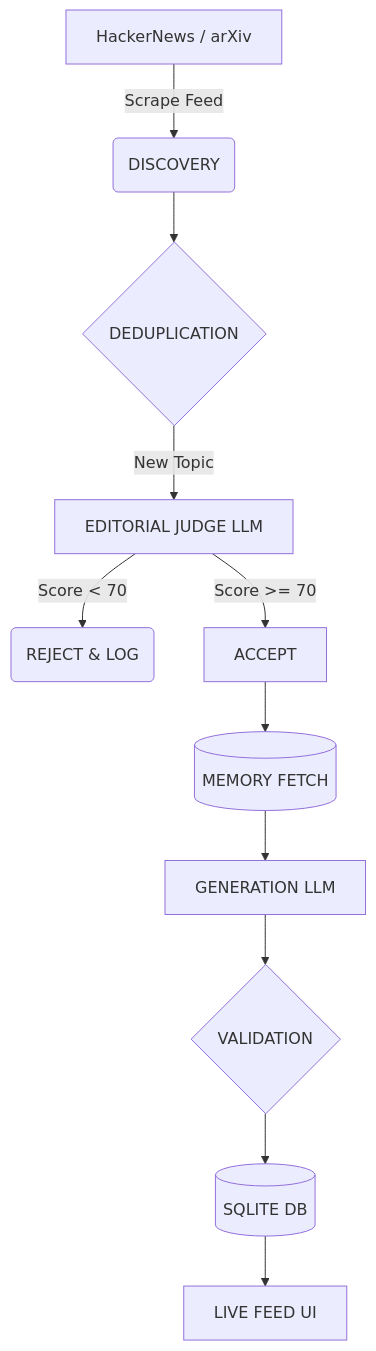
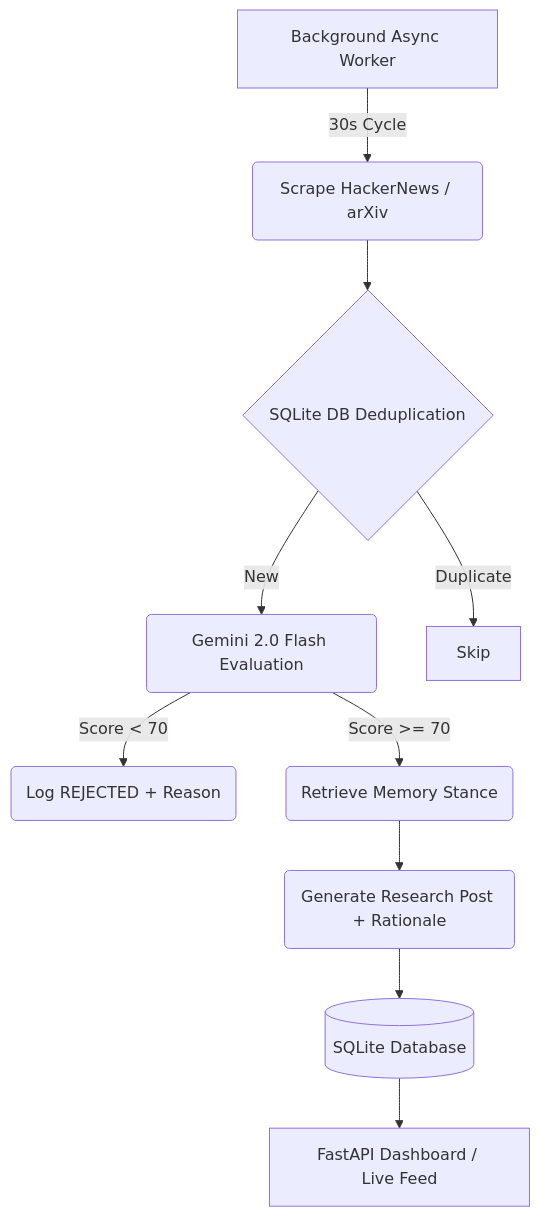
One commit to shambhushekharsinha-engg/aura-autonomous-ai-agent changed the diagram in README.md. Above: the diagram before and after it, drawn with Mermaid. The commit also changed other lines of this file and 15 other files, not shown here.

````diff
--- a/README.md
+++ b/README.md
@@ -43,13 +68,12 @@
 ```mermaid
 graph TD
-    A[HackerNews / arXiv] -->|Scrape Feed| B(DISCOVERY)
-    B --> C{DEDUPLICATION}
-    C -->|New Topic| D[EDITORIAL JUDGE LLM]
-    D -->|Score < 70| E(REJECT & LOG)
-    D -->|Score >= 70| F[ACCEPT]
-    F --> G[(MEMORY FETCH)]
-    G --> H[GENERATION LLM]
-    H --> I{VALIDATION}
-    I --> J[(SQLITE DB)]
-    J --> K[LIVE FEED UI]
+    A[Background Async Worker] -->|30s Cycle| B(Scrape HackerNews / arXiv)
+    B --> C{SQLite DB Deduplication}
+    C -->|New| D(Gemini 2.0 Flash Evaluation)
+    C -->|Duplicate| Z[Skip]
+    D -->|Score < 70| E(Log REJECTED + Reason)
+    D -->|Score >= 70| F(Retrieve Memory Stance)
+    F --> G(Generate Research Post + Rationale)
+    G --> H[(SQLite Database)]
+    H --> I[FastAPI Dashboard / Live Feed]
 ```
````
